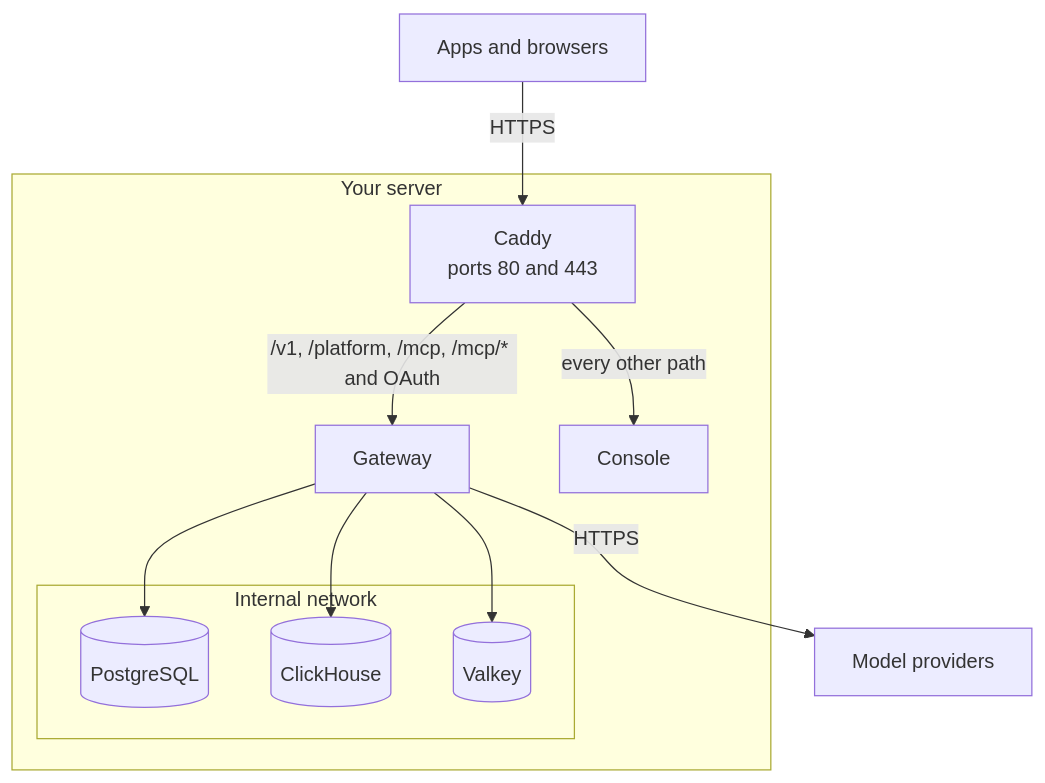
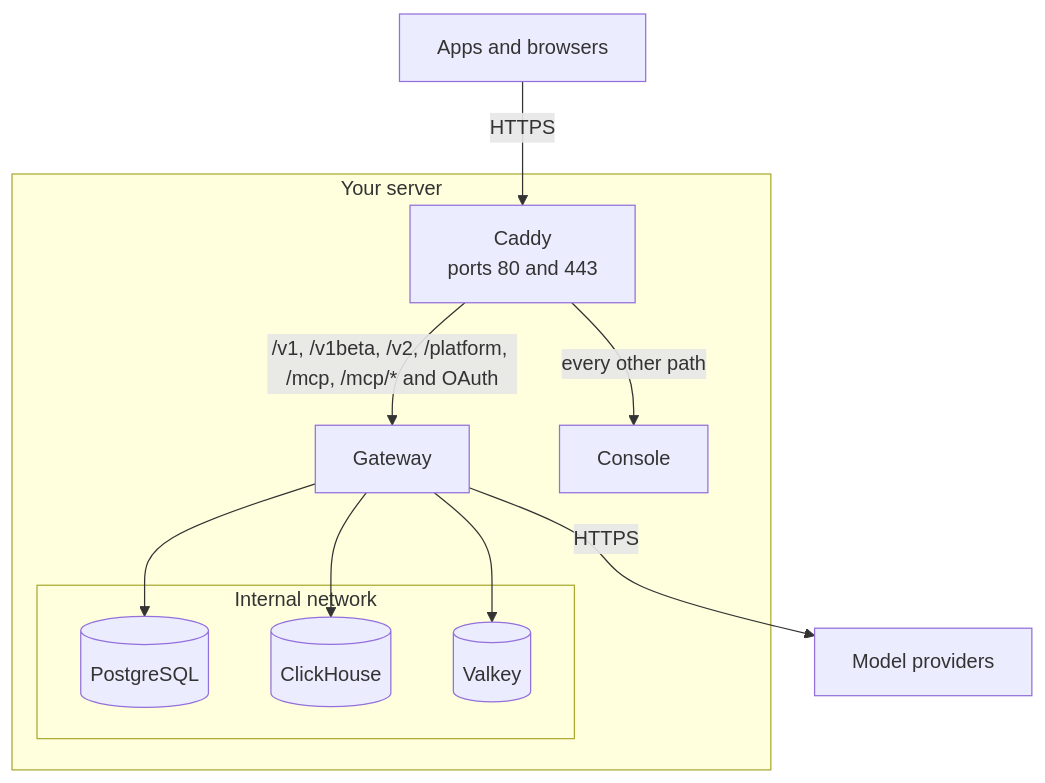
Before and after one commit to logicplanes/kaeso: the diagram in apps/docs/content/en/self-hosting/how-it-works.md, drawn with Mermaid. The commit also changed 44 other files, not shown here.

````diff
--- a/apps/docs/content/en/self-hosting/how-it-works.md
+++ b/apps/docs/content/en/self-hosting/how-it-works.md
@@ -10,22 +10,22 @@
 ```mermaid
 flowchart TD
   accTitle: The services of a Kaeso install
-  accDescr: Apps and browsers reach the install only through Caddy, on ports 80 and 443. Caddy sends /v1, /platform, the MCP server and its OAuth sign-in to the gateway and every other path to the console. PostgreSQL, ClickHouse and Valkey sit on an internal network that only the gateway reaches, and the gateway calls the model providers over HTTPS.
+  accDescr: Apps and browsers reach the install only through Caddy, on ports 80 and 443. Caddy sends /v1, /v1beta, /v2, /platform, the MCP server and its OAuth sign-in to the gateway and every other path to the console. PostgreSQL, ClickHouse and Valkey sit on an internal network that only the gateway reaches, and the gateway calls the model providers over HTTPS.
   clients[Apps and browsers]:::outside
   subgraph server [Your server]
     caddy[Caddy<br>ports 80 and 443]
     gateway[Gateway]:::accent
     console[Console]
     subgraph data [Internal network]
       postgres[(PostgreSQL)]
       clickhouse[(ClickHouse)]
       valkey[(Valkey)]
     end
   end
   providers[Model providers]:::outside
   clients -- HTTPS --> caddy
-  caddy -- /v1, /platform, /mcp, /mcp/* and OAuth --> gateway
+  caddy -- /v1, /v1beta, /v2, /platform, /mcp, /mcp/* and OAuth --> gateway
   caddy -- every other path --> console
   gateway --> postgres & clickhouse & valkey
   gateway -- HTTPS --> providers
 ```
````
